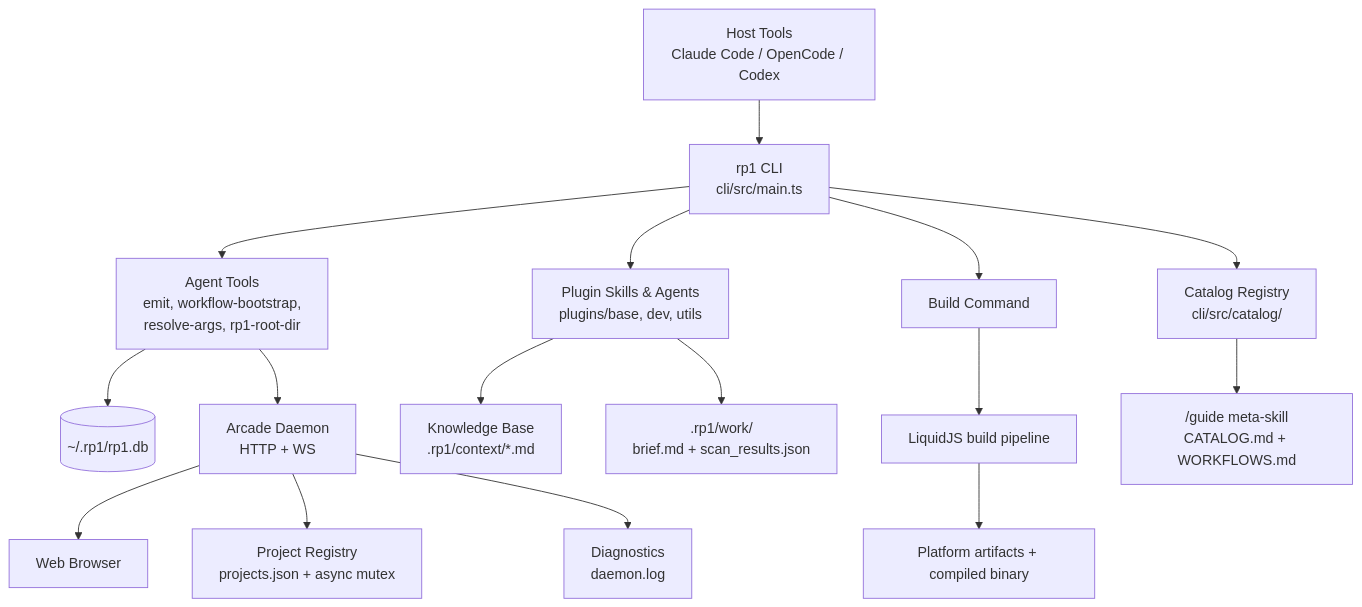
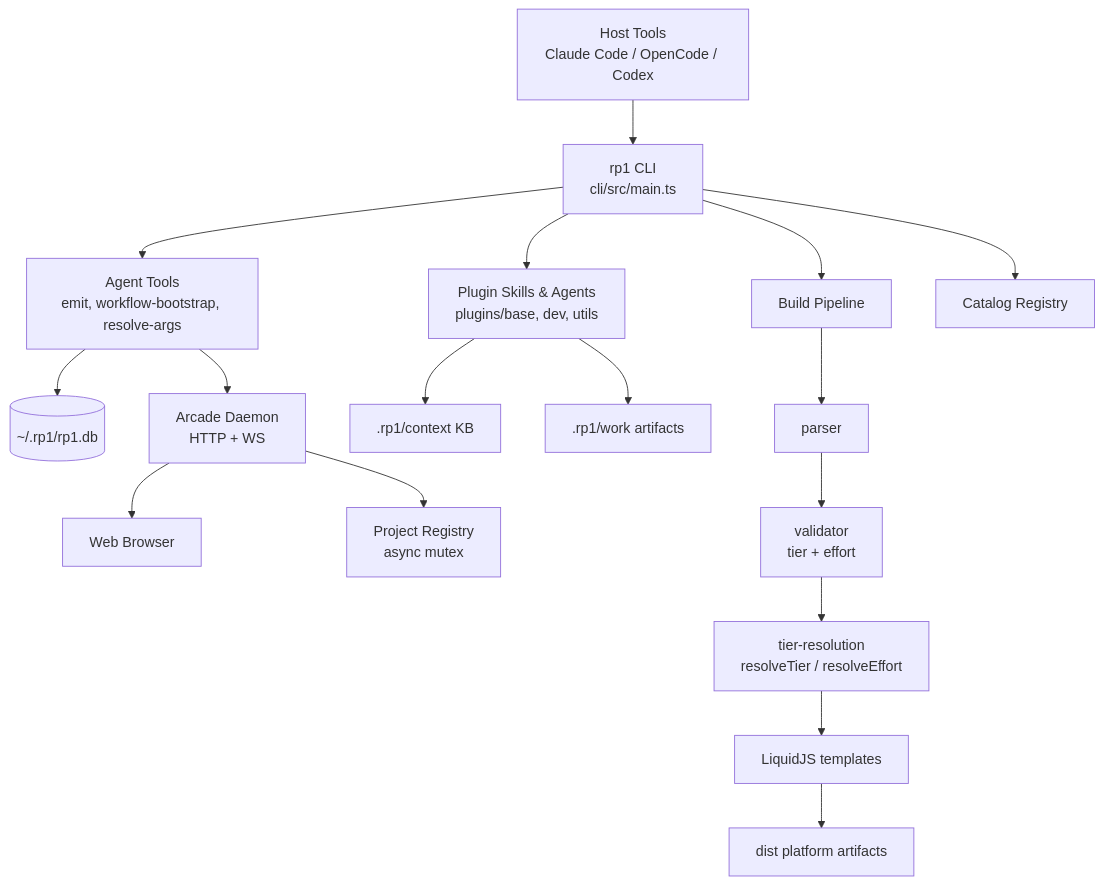
Before and after one commit to rp1-run/rp1: the diagram in .rp1/context/architecture.md, drawn with Mermaid. The commit also changed other lines of this file and 86 other files, not shown here.

First line of the commit message:
feat(build): per-step model + reasoning-effort tiering for agents (#409)

````diff
--- a/.rp1/context/architecture.md
+++ b/.rp1/context/architecture.md
@@ -22,18 +11,19 @@
 ```mermaid
 flowchart TB
-    Host["Host Tools\nClaude Code / OpenCode / Codex"] --> CLI["rp1 CLI\ncli/src/main.ts"]
-    CLI --> Skills["Plugin Skills & Agents\nplugins/base, dev, utils"]
-    CLI --> AgentTools["Agent Tools\nemit, workflow-bootstrap,\nresolve-args, rp1-root-dir"]
-    CLI --> Build["Build Command"]
-    CLI --> Catalog["Catalog Registry\ncli/src/catalog/"]
+    Host["Host Tools<br/>Claude Code / OpenCode / Codex"] --> CLI["rp1 CLI<br/>cli/src/main.ts"]
+    CLI --> Skills["Plugin Skills & Agents<br/>plugins/base, dev, utils"]
+    CLI --> AgentTools["Agent Tools<br/>emit, workflow-bootstrap, resolve-args"]
+    CLI --> Build["Build Pipeline"]
+    CLI --> Catalog["Catalog Registry"]
     AgentTools --> EventDB[("~/.rp1/rp1.db")]
-    AgentTools --> Daemon["Arcade Daemon\nHTTP + WS"]
+    AgentTools --> Daemon["Arcade Daemon<br/>HTTP + WS"]
     Daemon --> Browser["Web Browser"]
-    Daemon --> Registry["Project Registry\nprojects.json + async mutex"]
-    Daemon --> Diagnostics["Diagnostics\ndaemon.log"]
-    Skills --> KB["Knowledge Base\n.rp1/context/*.md"]
-    Skills --> Work[".rp1/work/\nbrief.md + scan_results.json"]
-    Build --> Pipeline["LiquidJS build pipeline"]
-    Pipeline --> Artifacts["Platform artifacts + compiled binary"]
-    Catalog --> Guide["/guide meta-skill\nCATALOG.md + WORKFLOWS.md"]
+    Daemon --> Registry["Project Registry<br/>async mutex"]
+    Skills --> KB[".rp1/context KB"]
+    Skills --> Work[".rp1/work artifacts"]
+    Build --> Parse["parser"]
+    Parse --> Validate["validator<br/>tier + effort"]
+    Validate --> TierRes["tier-resolution<br/>resolveTier / resolveEffort"]
+    TierRes --> Render["LiquidJS templates"]
+    Render --> Artifacts["dist platform artifacts"]
 ```
````
